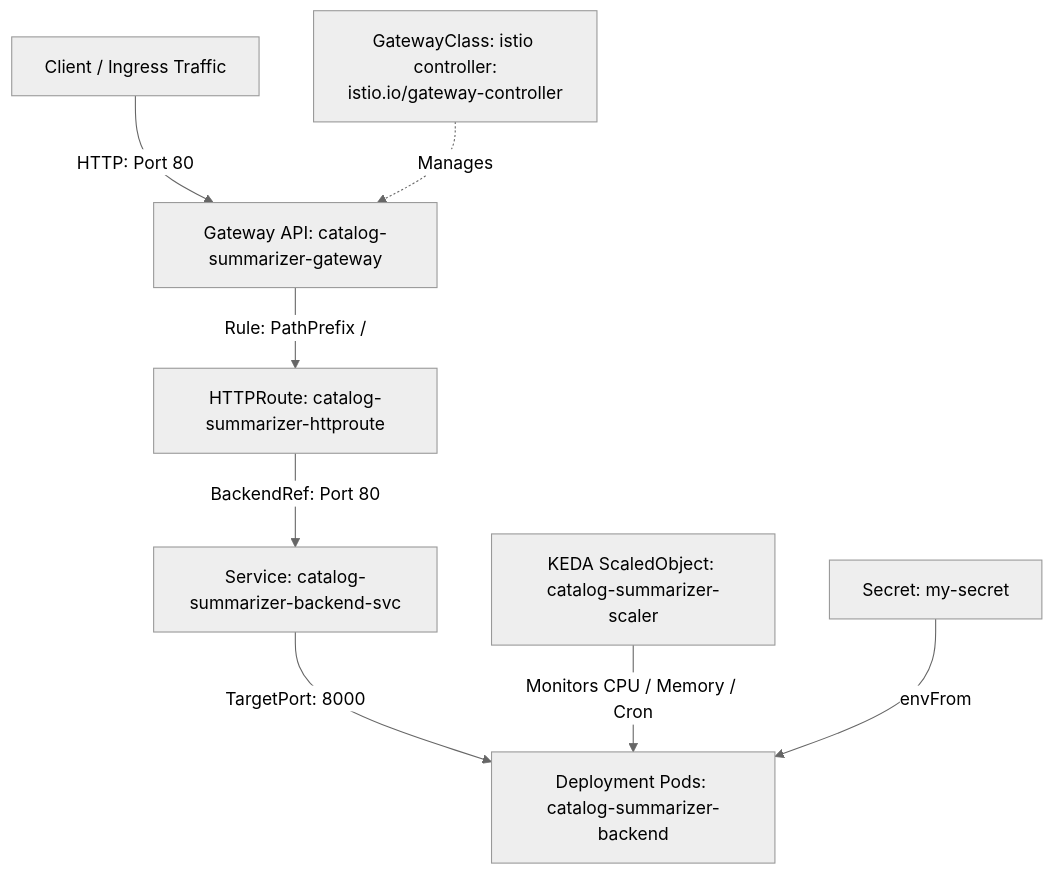
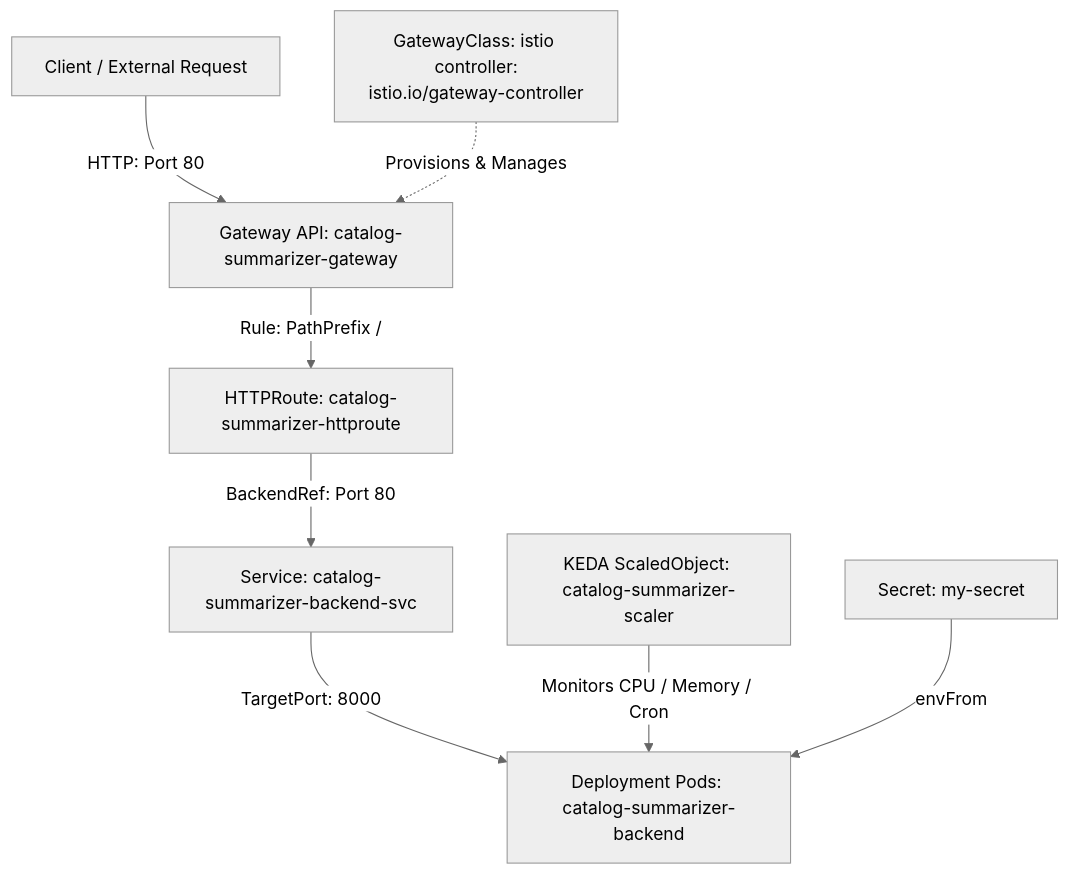
The diagram in minikube/MANIFEST_GUIDE.md (selvakumarperumal/Product-Catalog-Summarizer-for-Sellers), drawn with Mermaid (neutral theme) before and after one commit. The commit also changed other lines of this file, not shown here.

````diff
--- a/minikube/MANIFEST_GUIDE.md
+++ b/minikube/MANIFEST_GUIDE.md
@@ -11,11 +28,11 @@
 ```mermaid
 graph TD
-    Client[Client / Ingress Traffic] -->|HTTP: Port 80| GW[Gateway API: catalog-summarizer-gateway]
-    GWClass[GatewayClass: istio <br/> controller: istio.io/gateway-controller] -.->|Manages| GW
+    Client[Client / External Request] -->|HTTP: Port 80| GW[Gateway API: catalog-summarizer-gateway]
+    GWClass[GatewayClass: istio <br/> controller: istio.io/gateway-controller] -.->|Provisions & Manages| GW
     GW -->|Rule: PathPrefix /| HR[HTTPRoute: catalog-summarizer-httproute]
     HR -->|BackendRef: Port 80| SVC[Service: catalog-summarizer-backend-svc]
     SVC -->|TargetPort: 8000| POD[Deployment Pods: catalog-summarizer-backend]
     
     KEDA[KEDA ScaledObject: catalog-summarizer-scaler] -->|Monitors CPU / Memory / Cron| POD
     SEC[Secret: my-secret] -->|envFrom| POD
 ```
````
